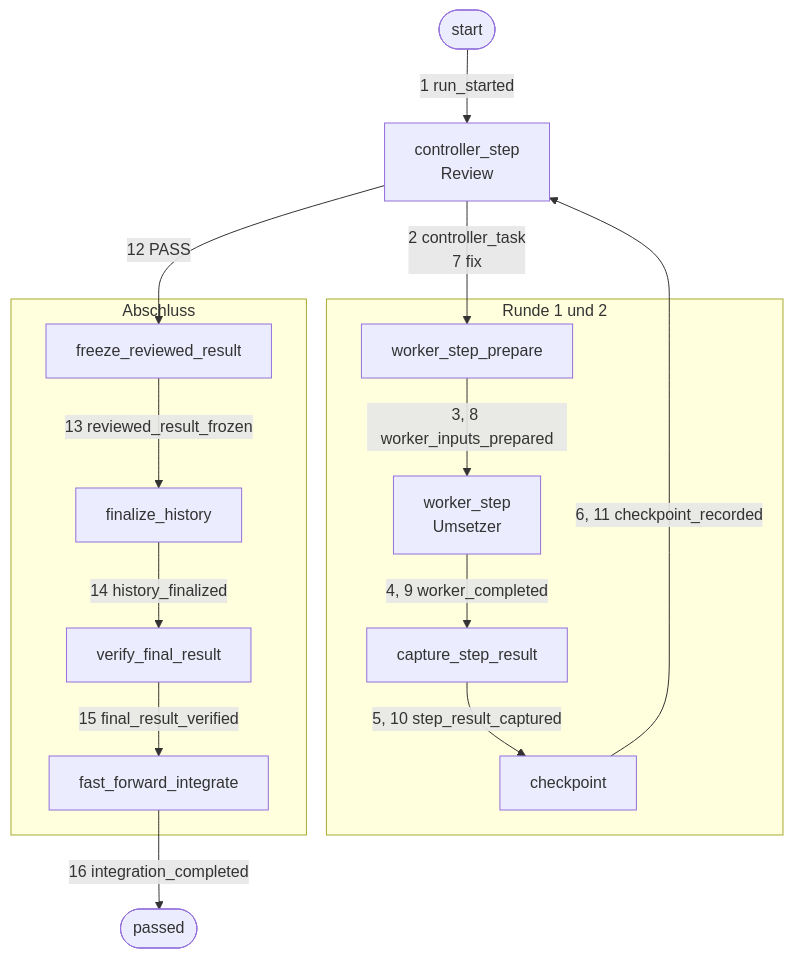
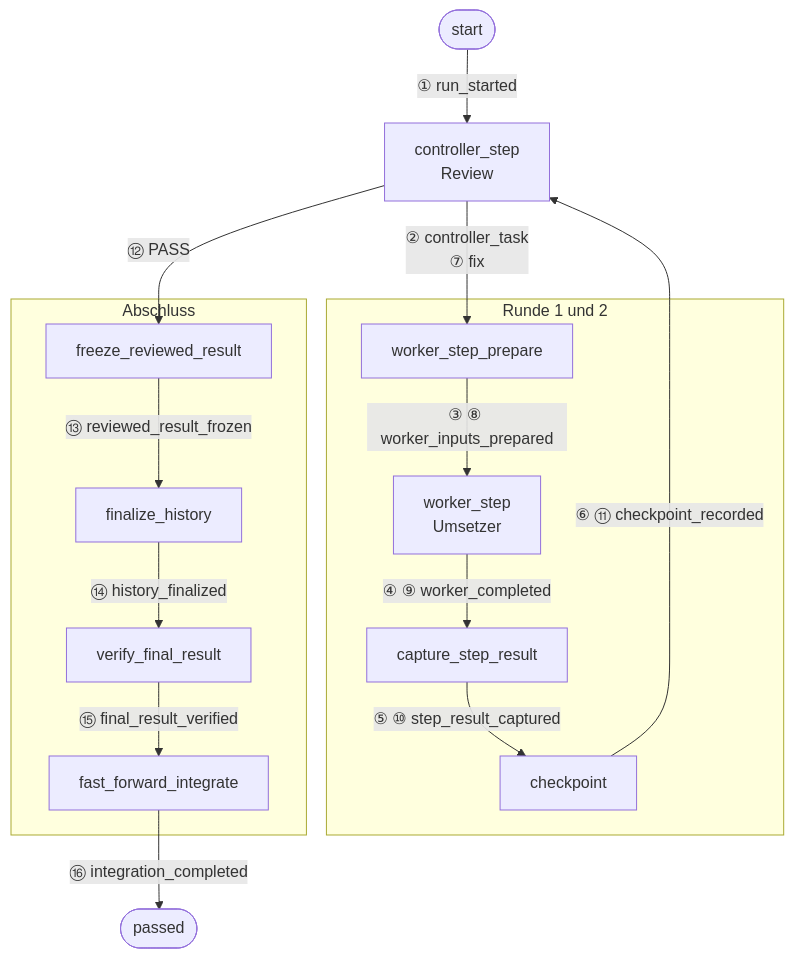
One commit to blaumohn/ki-dev changed the first of 3 diagrams in README.md. Above: the diagram before and after it, drawn with Mermaid.

Commit message:
README: Pfad im Lauf mit Kreisziffern für seq (ki-dev-ablauf-4lb3)
Uncommittete Änderung aus der Sichtung, unverändert übernommen (Leitlinie:
vor jeder README-Änderung den vorigen Stand committen).

````diff
--- a/README.md
+++ b/README.md
@@ -213,29 +213,29 @@
 ```mermaid
 flowchart TB
     start([start])
     controller_step["controller_step<br/>Review"]
     passed([passed])
     subgraph runde [Runde 1 und 2]
         worker_step_prepare
         worker_step["worker_step<br/>Umsetzer"]
         capture_step_result
         checkpoint
     end
     subgraph abschluss [Abschluss]
         freeze_reviewed_result
         finalize_history
         verify_final_result
         fast_forward_integrate
     end
-    start -->|"1 run_started"| controller_step
-    controller_step -->|"2 controller_task<br/>7 fix"| worker_step_prepare
-    worker_step_prepare -->|"3, 8 worker_inputs_prepared"| worker_step
-    worker_step -->|"4, 9 worker_completed"| capture_step_result
-    capture_step_result -->|"5, 10 step_result_captured"| checkpoint
-    checkpoint -->|"6, 11 checkpoint_recorded"| controller_step
-    controller_step -->|"12 PASS"| freeze_reviewed_result
-    freeze_reviewed_result -->|"13 reviewed_result_frozen"| finalize_history
-    finalize_history -->|"14 history_finalized"| verify_final_result
-    verify_final_result -->|"15 final_result_verified"| fast_forward_integrate
-    fast_forward_integrate -->|"16 integration_completed"| passed
+    start -->|"① run_started"| controller_step
+    controller_step -->|"② controller_task<br/>⑦ fix"| worker_step_prepare
+    worker_step_prepare -->|"③ ⑧ worker_inputs_prepared"| worker_step
+    worker_step -->|"④ ⑨ worker_completed"| capture_step_result
+    capture_step_result -->|"⑤ ⑩ step_result_captured"| checkpoint
+    checkpoint -->|"⑥ ⑪ checkpoint_recorded"| controller_step
+    controller_step -->|"⑫ PASS"| freeze_reviewed_result
+    freeze_reviewed_result -->|"⑬ reviewed_result_frozen"| finalize_history
+    finalize_history -->|"⑭ history_finalized"| verify_final_result
+    verify_final_result -->|"⑮ final_result_verified"| fast_forward_integrate
+    fast_forward_integrate -->|"⑯ integration_completed"| passed
 ```
````
